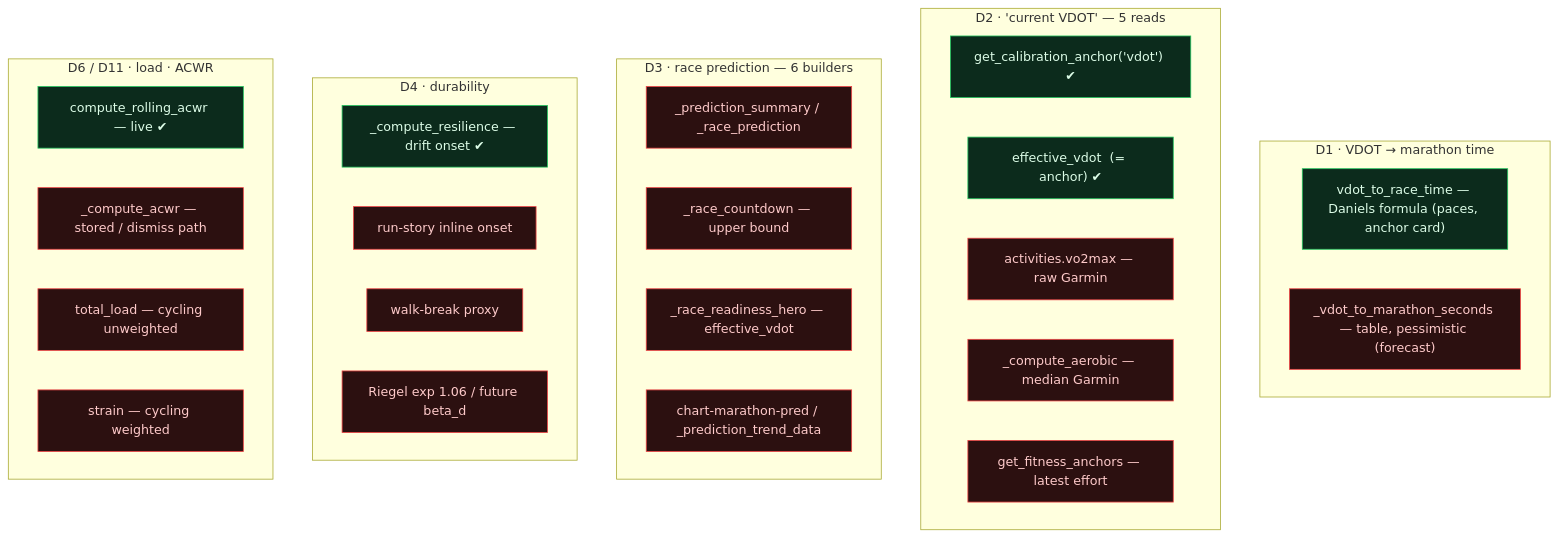
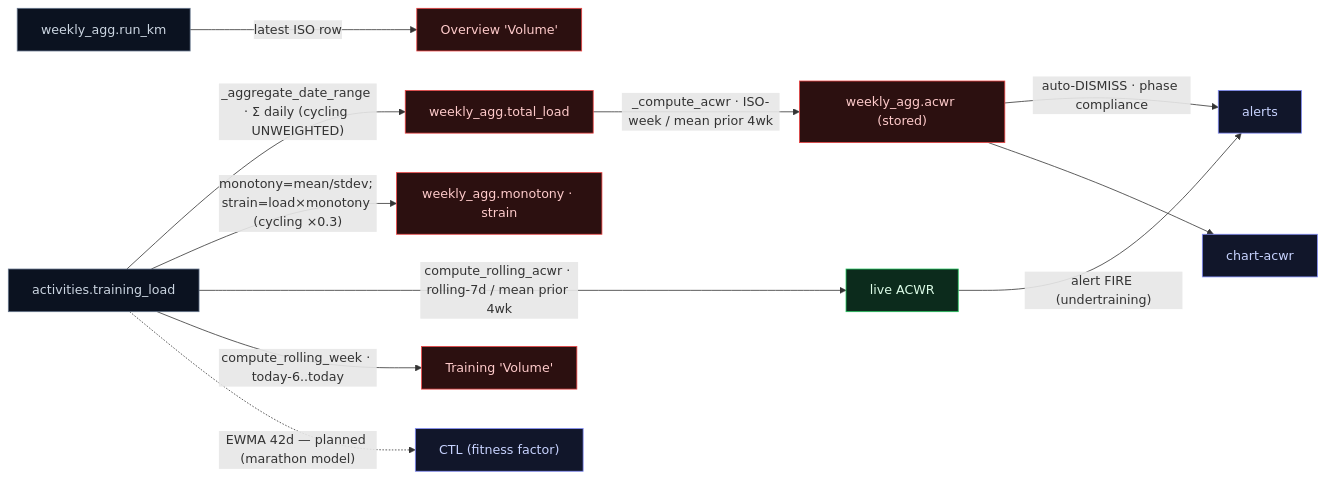
One commit to BigCrunsh/fit changed the second of 5 diagrams in DATA_LINEAGE.md. Above: the diagram before and after it, drawn with Mermaid. The commit also changed other lines of this file, not shown here.

First line of the commit message:
DATA_LINEAGE.md: replace abstract diagrams with concrete per-family lineage DAGs

````diff
--- a/DATA_LINEAGE.md
+++ b/DATA_LINEAGE.md
@@ -61,35 +53,19 @@
 ```mermaid
-flowchart TB
-  classDef canon fill:#0c2b1c,stroke:#22c55e,color:#dcfce7
+flowchart LR
+  classDef src fill:#0b1220,stroke:#64748b,color:#cbd5e1
+  classDef fn fill:#0c2b1c,stroke:#22c55e,color:#dcfce7
   classDef dup fill:#2c1010,stroke:#ef4444,color:#fecaca
-
-  subgraph D1["D1 · VDOT → marathon time"]
-    d1f["vdot_to_race_time — Daniels formula (paces, anchor card)"]:::canon
-    d1t["_vdot_to_marathon_seconds — table, pessimistic (forecast)"]:::dup
-  end
-  subgraph D2["D2 · 'current VDOT' — 5 reads"]
-    d2b["get_calibration_anchor('vdot') ✔"]:::canon
-    d2c["effective_vdot  (= anchor) ✔"]:::canon
-    d2a["activities.vo2max — raw Garmin"]:::dup
-    d2d["_compute_aerobic — median Garmin"]:::dup
-    d2e["get_fitness_anchors — latest effort"]:::dup
-  end
-  subgraph D3["D3 · race prediction — 6 builders"]
-    d3a["_prediction_summary / _race_prediction"]:::dup
-    d3b["_race_countdown — upper bound"]:::dup
-    d3c["_race_readiness_hero — effective_vdot"]:::dup
-    d3d["chart-marathon-pred / _prediction_trend_data"]:::dup
-  end
-  subgraph D4["D4 · durability"]
-    d4a["_compute_resilience — drift onset ✔"]:::canon
-    d4b["run-story inline onset"]:::dup
-    d4c["walk-break proxy"]:::dup
-    d4d["Riegel exp 1.06 / future beta_d"]:::dup
-  end
-  subgraph D6["D6 / D11 · load · ACWR"]
-    d6a["compute_rolling_acwr — live ✔"]:::canon
-    d6b["_compute_acwr — stored / dismiss path"]:::dup
-    d6c["total_load — cycling unweighted"]:::dup
-    d6d["strain — cycling weighted"]:::dup
-  end
+  classDef out fill:#11162a,stroke:#818cf8,color:#c7d2fe
+  TL["activities.training_load"]:::src
+  TL -->|"_aggregate_date_range · Σ daily (cycling UNWEIGHTED)"| TOT["weekly_agg.total_load"]:::dup
+  TL -->|"monotony=mean/stdev; strain=load×monotony (cycling ×0.3)"| STR["weekly_agg.monotony · strain"]:::dup
+  TOT -->|"_compute_acwr · ISO-week / mean prior 4wk"| ACS["weekly_agg.acwr (stored)"]:::dup
+  TL -->|"compute_rolling_acwr · rolling-7d / mean prior 4wk"| ACL["live ACWR"]:::fn
+  ACL -->|"alert FIRE (undertraining)"| ALR["alerts"]:::out
+  ACS -->|"auto-DISMISS · phase compliance"| ALR
+  ACS --> CHA["chart-acwr"]:::out
+  RK["weekly_agg.run_km"]:::src
+  RK -->|"latest ISO row"| OV["Overview 'Volume'"]:::dup
+  TL -->|"compute_rolling_week · today-6..today"| TV["Training 'Volume'"]:::dup
+  TL -.->|"EWMA 42d — planned (marathon model)"| CTL["CTL (fitness factor)"]:::out
 ```
````
